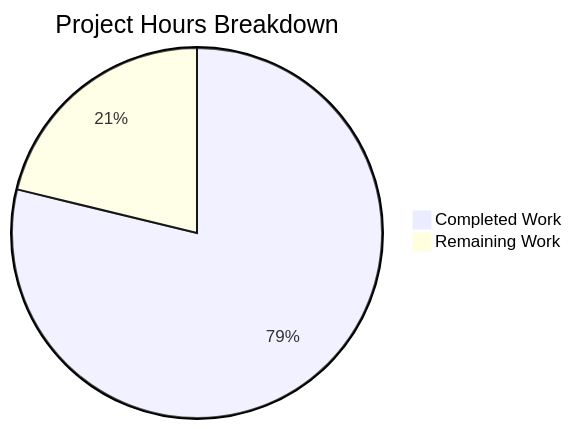
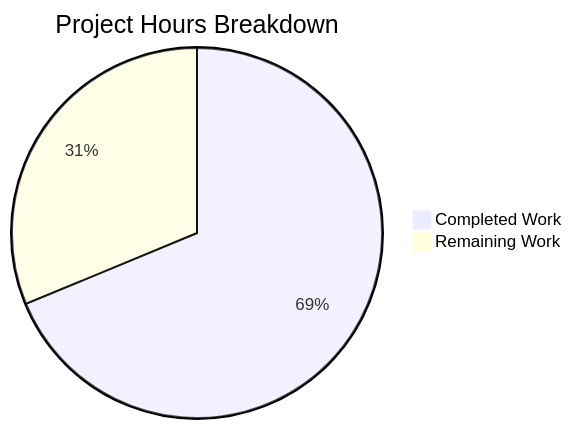
The second of 2 diagrams in blitzy/documentation/Project Guide.md (blitzy-public-samples/blitzy-odoo), drawn with Mermaid before and after one commit. The commit also changed other lines of this file, not shown here.

Commit message:
Adding Blitzy Project Guide: Project Status and Human Tasks Remaining

````diff
--- a/blitzy/documentation/Project Guide.md
+++ b/blitzy/documentation/Project Guide.md
@@ -199,5 +195,5 @@
 ```mermaid
 pie title Project Hours Breakdown
-    "Completed Work" : 13
-    "Remaining Work" : 3.5
+    "Completed Work" : 16.5
+    "Remaining Work" : 7.5
 ```
````
